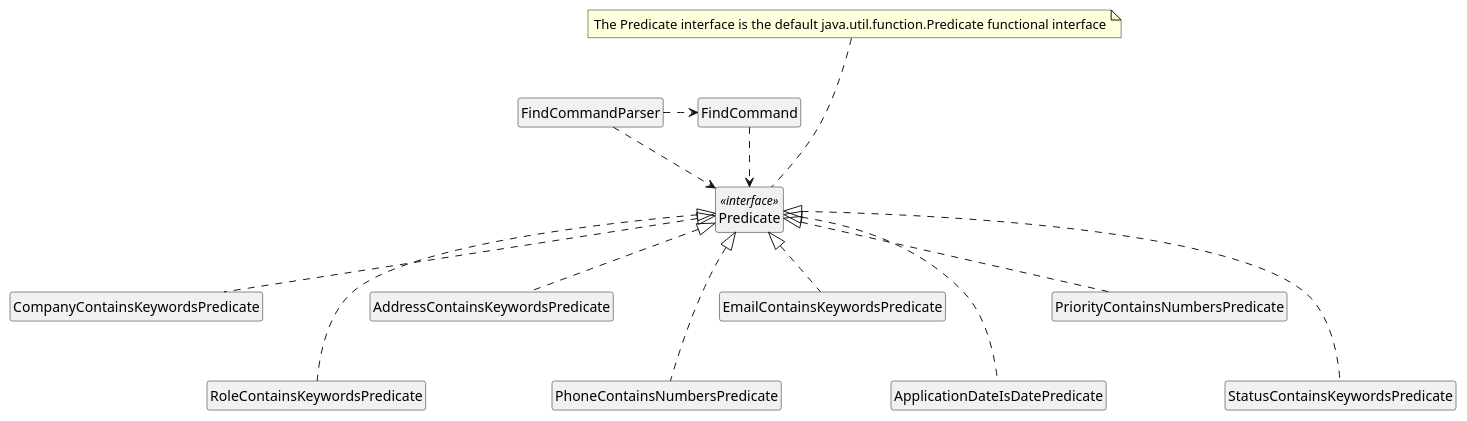
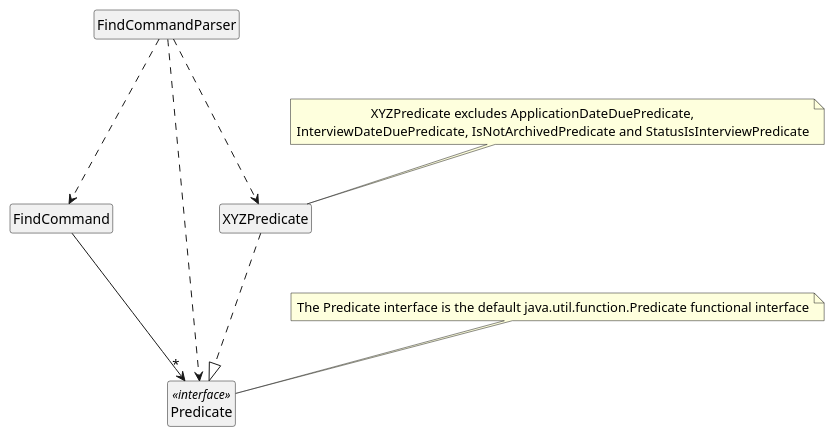
One commit to wxwxwxwx9/main changed the diagram in docs/diagrams/FindClassDiagram.puml. Above: the diagram before and after it, drawn with PlantUML. The commit also changed 1 other file, not shown here.

Commit message:
Update find class diagram

```diff
--- a/docs/diagrams/FindClassDiagram.puml
+++ b/docs/diagrams/FindClassDiagram.puml
@@ -1,68 +1,40 @@
 @startuml
 
 hide circle
 hide empty members
 skinparam classAttributeIconSize 0
 
 Class FindCommandParser {
 
 }
 
 Class FindCommand {
 
 }
 
 Class Predicate <<interface>> {
 
 }
 
-Class CompanyContainsKeywordsPredicate {
-
-}
-
-Class RoleContainsKeywordsPredicate {
-
-}
-
-Class AddressContainsKeywordsPredicate {
-
-}
-
-Class PhoneContainsNumbersPredicate {
-
-}
-
-Class EmailContainsKeywordsPredicate {
-
-}
-
-Class ApplicationDateIsDatePredicate {
-
-}
-
-Class PriorityContainsNumbersPredicate {
-
-}
-
-Class StatusContainsKeywordsPredicate {
+Class XYZPredicate {
 
 }
 
 note as N1
   The Predicate interface is the default java.util.function.Predicate functional interface
 end note
 
-N1 ... Predicate
-FindCommandParser .down.> Predicate
-FindCommandParser .right.> FindCommand
-FindCommand .down.> Predicate
-CompanyContainsKeywordsPredicate .up.|> Predicate
-RoleContainsKeywordsPredicate ..up.|> Predicate
-AddressContainsKeywordsPredicate .up.|> Predicate
-PhoneContainsNumbersPredicate ..up.|> Predicate
-EmailContainsKeywordsPredicate .up.|> Predicate
-ApplicationDateIsDatePredicate ..up.|> Predicate
-PriorityContainsNumbersPredicate .up.|> Predicate
-StatusContainsKeywordsPredicate ..up.|> Predicate
+note as N2
+                        XYZPredicate excludes ApplicationDateDuePredicate,
+  InterviewDateDuePredicate, IsNotArchivedPredicate and StatusIsInterviewPredicate
+end note
+
+N1 .. Predicate
+N2 .. XYZPredicate
+FindCommandParser ...> XYZPredicate
+FindCommandParser ...> Predicate
+FindCommandParser ...> FindCommand
+FindCommand ---> "*" Predicate
+XYZPredicate ...|> Predicate
 
 @enduml
```
